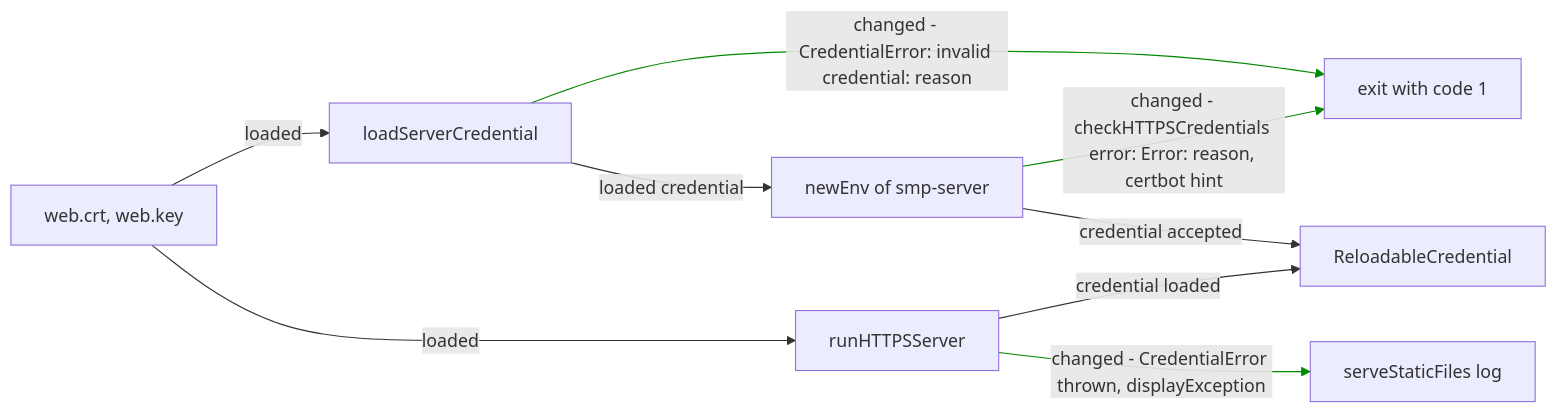
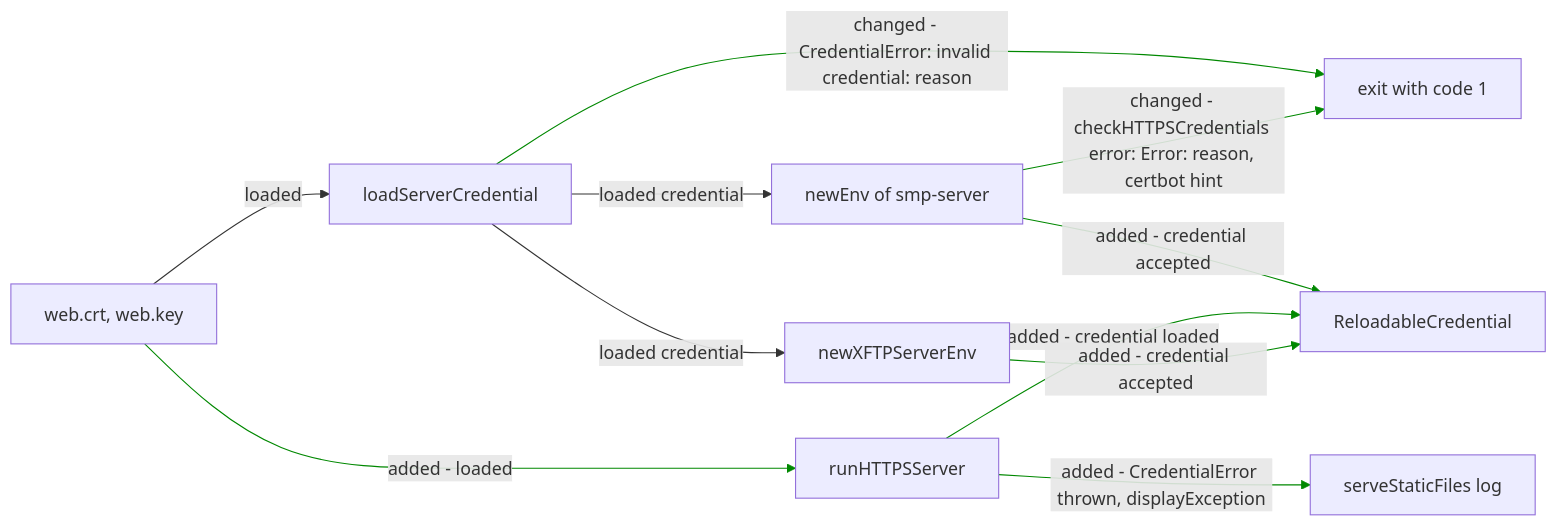
One commit to simplex-chat/simplexmq changed the second of 5 diagrams in plans/2026-11-17-reload-web-certificates.md. Above: the diagram before and after it, drawn with Mermaid. The commit also changed other lines of this file, not shown here.

Commit message:
servers: add the key-pair diagram and the xftp start path to the plan

````diff
--- a/plans/2026-11-17-reload-web-certificates.md
+++ b/plans/2026-11-17-reload-web-certificates.md
@@ -70,19 +93,22 @@
 ```mermaid
 flowchart LR
     F[web.crt, web.key]
     L[loadServerCredential]
     N[newEnv of smp-server]
+    XE[newXFTPServerEnv]
     W[runHTTPSServer]
     X[exit with code 1]
     S[serveStaticFiles log]
     V[ReloadableCredential]
     F -- "loaded" --> L
     L -- "changed - CredentialError: invalid credential: reason" --> X
     L -- "loaded credential" --> N
     N -- "changed - checkHTTPSCredentials error: Error: reason, certbot hint" --> X
-    N -- "credential accepted" --> V
-    F -- "loaded" --> W
-    W -- "changed - CredentialError thrown, displayException" --> S
-    W -- "credential loaded" --> V
-    linkStyle 1,3,6 stroke:#008800
+    N -- "added - credential accepted" --> V
+    F -- "added - loaded" --> W
+    W -- "added - CredentialError thrown, displayException" --> S
+    W -- "added - credential loaded" --> V
+    L -- "loaded credential" --> XE
+    XE -- "added - credential accepted" --> V
+    linkStyle 1,3,4,5,6,7,9 stroke:#008800
 ```
````
